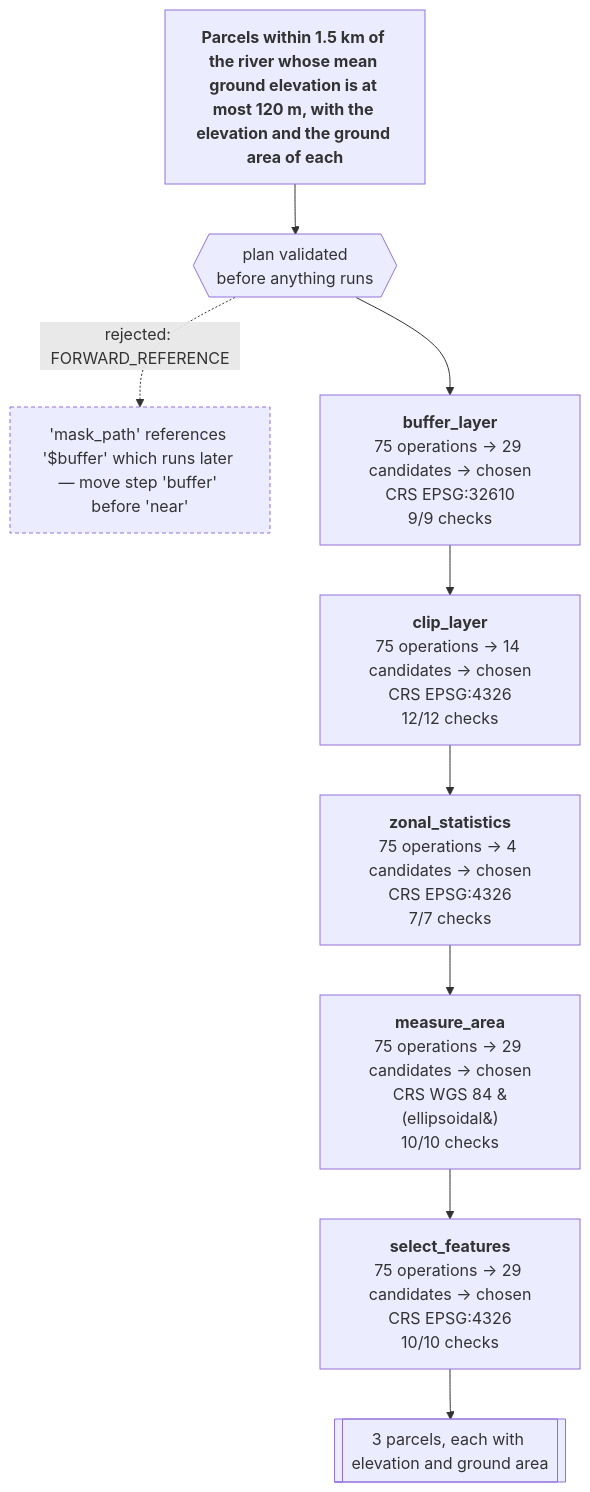
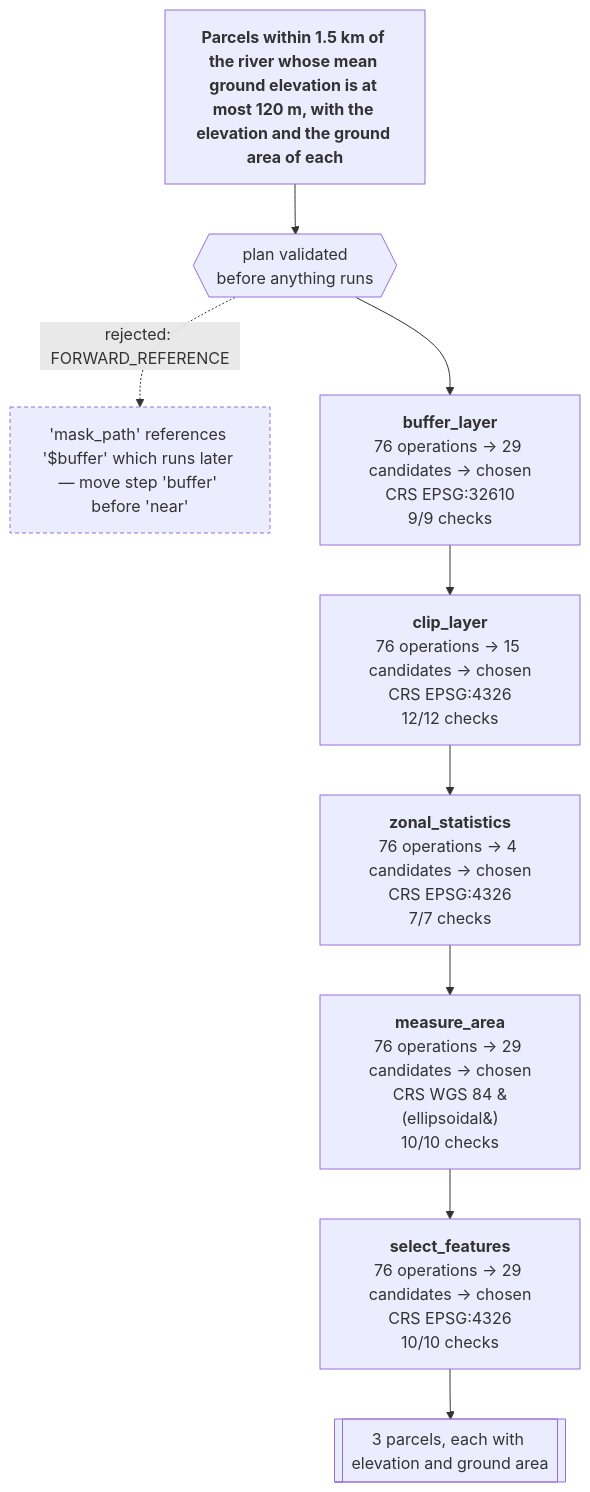
Before and after one commit to mapsmith-ai/MapSmith: the diagram in README.md, drawn with Mermaid. The commit also changed other lines of this file and 11 other files, not shown here.

````diff
--- a/README.md
+++ b/README.md
@@ -86,20 +86,20 @@
 ```mermaid
 flowchart TB
   ASK["<b>Parcels within 1.5 km of the river whose mean ground elevation is at most 120 m, with the elevation and the ground area of each</b>"]
   ASK --> PLAN{{"plan validated<br/>before anything runs"}}
   PLAN -. "rejected: FORWARD_REFERENCE" .-> BAD["'mask_path' references '$buffer' which runs later — move step 'buffer' before 'near'"]
   BAD:::bad
-  BUFFER["<b>buffer_layer</b><br/>75 operations &rarr; 29 candidates &rarr; chosen<br/>CRS EPSG:32610<br/>9/9 checks"]
+  BUFFER["<b>buffer_layer</b><br/>76 operations &rarr; 29 candidates &rarr; chosen<br/>CRS EPSG:32610<br/>9/9 checks"]
   PLAN --> BUFFER
-  NEAR["<b>clip_layer</b><br/>75 operations &rarr; 14 candidates &rarr; chosen<br/>CRS EPSG:4326<br/>12/12 checks"]
+  NEAR["<b>clip_layer</b><br/>76 operations &rarr; 15 candidates &rarr; chosen<br/>CRS EPSG:4326<br/>12/12 checks"]
   BUFFER --> NEAR
-  HEIGHT["<b>zonal_statistics</b><br/>75 operations &rarr; 4 candidates &rarr; chosen<br/>CRS EPSG:4326<br/>7/7 checks"]
+  HEIGHT["<b>zonal_statistics</b><br/>76 operations &rarr; 4 candidates &rarr; chosen<br/>CRS EPSG:4326<br/>7/7 checks"]
   NEAR --> HEIGHT
-  AREA["<b>measure_area</b><br/>75 operations &rarr; 29 candidates &rarr; chosen<br/>CRS WGS 84 &#40;ellipsoidal&#41;<br/>10/10 checks"]
+  AREA["<b>measure_area</b><br/>76 operations &rarr; 29 candidates &rarr; chosen<br/>CRS WGS 84 &#40;ellipsoidal&#41;<br/>10/10 checks"]
   HEIGHT --> AREA
-  FILTER["<b>select_features</b><br/>75 operations &rarr; 29 candidates &rarr; chosen<br/>CRS EPSG:4326<br/>10/10 checks"]
+  FILTER["<b>select_features</b><br/>76 operations &rarr; 29 candidates &rarr; chosen<br/>CRS EPSG:4326<br/>10/10 checks"]
   AREA --> FILTER
   OUT[["3 parcels, each with elevation and ground area"]]
   FILTER --> OUT
   classDef bad stroke-dasharray: 4 3
 ```
````
